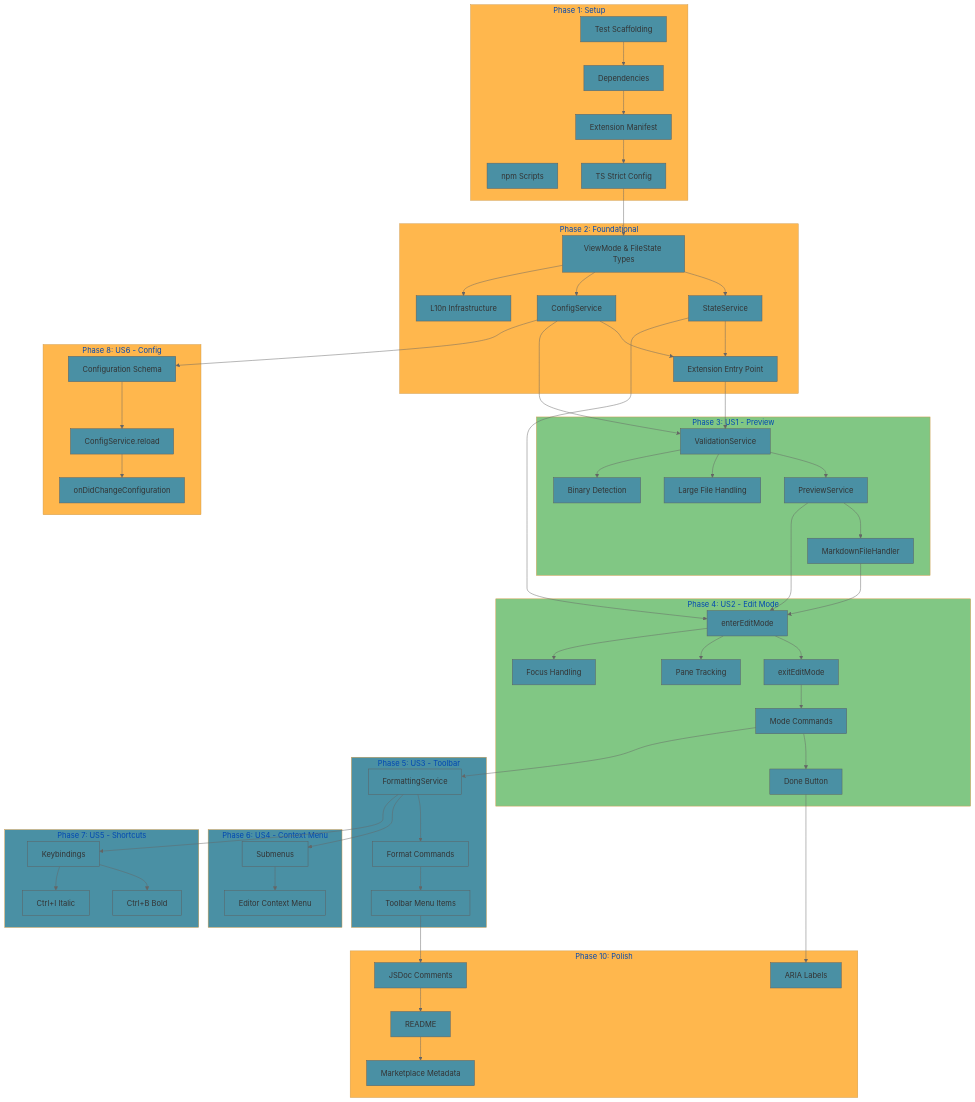
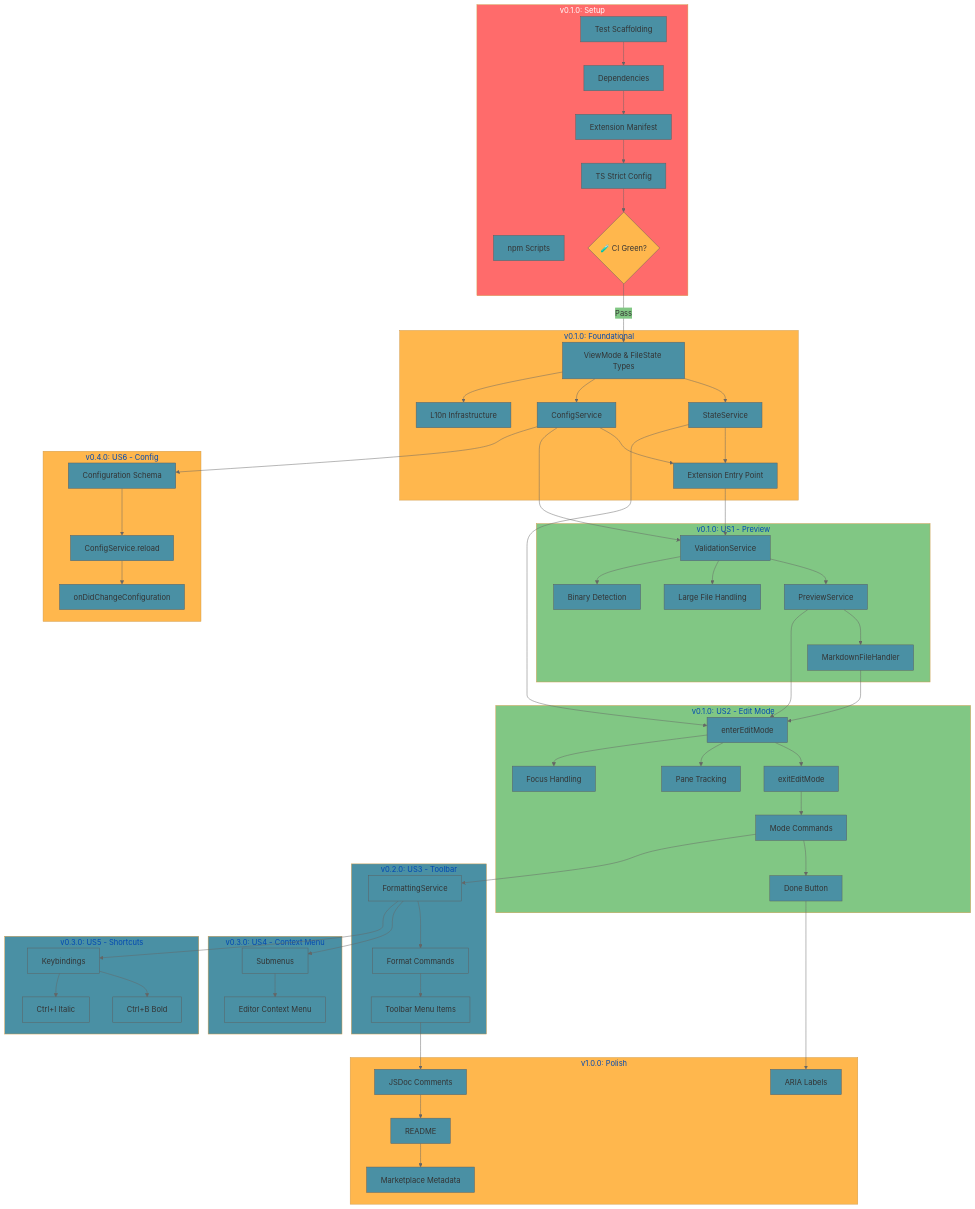
The third of 12 diagrams in ROADMAP-DIAGRAM.md (bluecloud-dev/markdown-preview), drawn with Mermaid before and after one commit. The commit also changed other lines of this file and 1 other file, not shown here.

Commit message:
docs: align roadmap milestones

````diff
--- a/ROADMAP-DIAGRAM.md
+++ b/ROADMAP-DIAGRAM.md
@@ -78,15 +145,16 @@
 }}}%%
 
 flowchart TD
-    subgraph setup ["Phase 1: Setup"]
+    subgraph setup ["v0.1.0: Setup"]
         T001[Test Scaffolding]
         T002[Dependencies]
         T003[npm Scripts]
         T007[Extension Manifest]
         T009[TS Strict Config]
+        G0{🧪 CI Green?}
     end
 
-    subgraph foundation ["Phase 2: Foundational"]
+    subgraph foundation ["v0.1.0: Foundational"]
         T012[ViewMode & FileState Types]
         T015[StateService]
         T016[ConfigService]
@@ -94,7 +162,7 @@
         T139[L10n Infrastructure]
     end
 
-    subgraph us1 ["Phase 3: US1 - Preview"]
+    subgraph us1 ["v0.1.0: US1 - Preview"]
         style us1 fill:#81C784
         T028[ValidationService]
         T029[PreviewService]
@@ -103,7 +171,7 @@
         T038[Binary Detection]
     end
 
-    subgraph us2 ["Phase 4: US2 - Edit Mode"]
+    subgraph us2 ["v0.1.0: US2 - Edit Mode"]
         style us2 fill:#81C784
         T045[enterEditMode]
         T046[exitEditMode]
@@ -113,34 +181,34 @@
         T134[Focus Handling]
     end
 
-    subgraph us3 ["Phase 5: US3 - Toolbar"]
+    subgraph us3 ["v0.2.0: US3 - Toolbar"]
         style us3 fill:#4A90A4
         T059[FormattingService]
         T064[Format Commands]
         T069[Toolbar Menu Items]
     end
 
-    subgraph us4 ["Phase 6: US4 - Context Menu"]
+    subgraph us4 ["v0.3.0: US4 - Context Menu"]
         style us4 fill:#4A90A4
         T076[Submenus]
         T077[Editor Context Menu]
     end
 
-    subgraph us5 ["Phase 7: US5 - Shortcuts"]
+    subgraph us5 ["v0.3.0: US5 - Shortcuts"]
         style us5 fill:#4A90A4
         T086[Keybindings]
         T088[Ctrl+B Bold]
         T089[Ctrl+I Italic]
     end
 
-    subgraph us6 ["Phase 8: US6 - Config"]
+    subgraph us6 ["v0.4.0: US6 - Config"]
         style us6 fill:#FFB74D
         T097[Configuration Schema]
         T101[ConfigService.reload]
         T102[onDidChangeConfiguration]
     end
 
-    subgraph polish ["Phase 10: Polish"]
+    subgraph polish ["v1.0.0: Polish"]
         style polish fill:#FFB74D
         T114[ARIA Labels]
         T116[JSDoc Comments]
@@ -151,8 +219,8 @@
     T001 --> T002
     T002 --> T007
     T007 --> T009
-
-    T009 --> T012
+    T009 --> G0
+    G0 -->|Pass| T012
     T012 --> T015
     T012 --> T016
     T015 --> T017
@@ -195,5 +263,8 @@
     T116 --> T117
     T117 --> T119
 
+    style G0 fill:#FFB74D
+    style setup fill:#ff6b6b,color:#fff
+
     linkStyle default stroke:#666,stroke-width:1px
 ```
````
